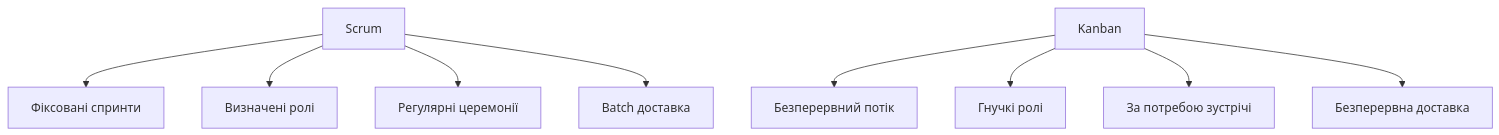
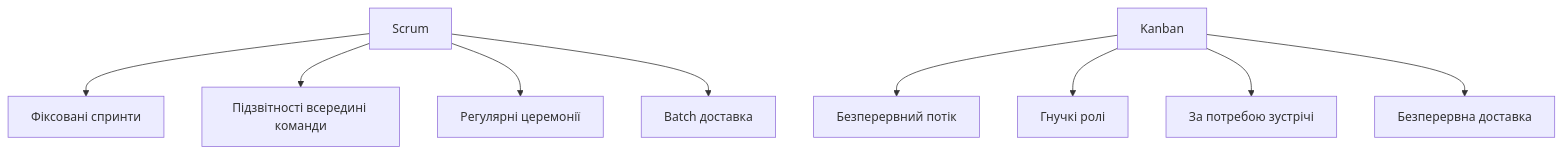
One commit to olroi421/course-opi-v2 changed the sixth of 9 diagrams in lectures/lecture-06.md. Above: the diagram before and after it, drawn with Mermaid. The commit also changed other lines of this file and 6 other files, not shown here.

````diff
--- a/lectures/lecture-06.md
+++ b/lectures/lecture-06.md
@@ -186,12 +174,12 @@
 ```mermaid
 graph TD
     A[Scrum] --> B[Фіксовані спринти]
-    A --> C[Визначені ролі]
+    A --> C[Підзвітності всередині команди]
     A --> D[Регулярні церемонії]
     A --> E[Batch доставка]
 
     F[Kanban] --> G[Безперервний потік]
     F --> H[Гнучкі ролі]
     F --> I[За потребою зустрічі]
     F --> J[Безперервна доставка]
 ```
````
